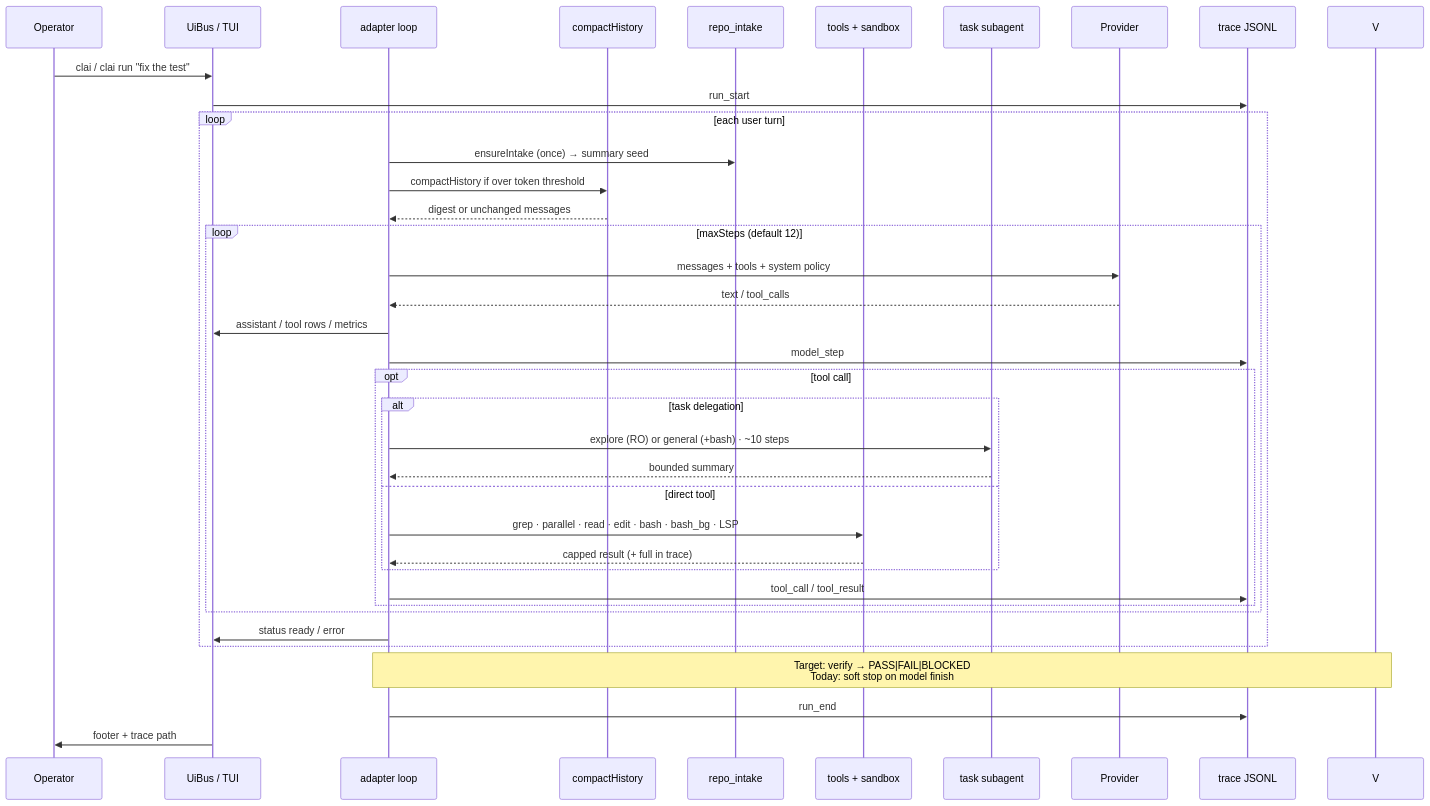
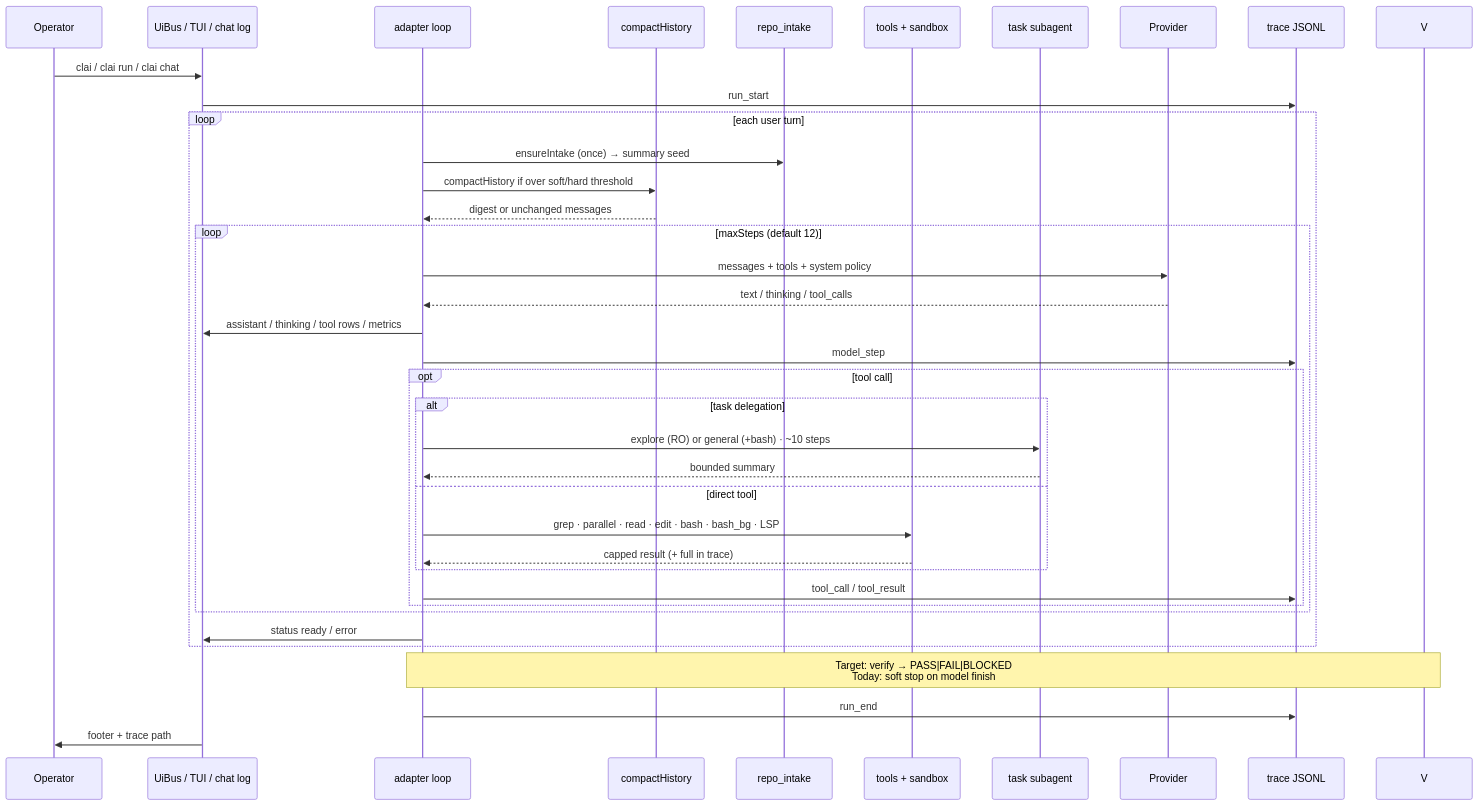
The fourth of 10 diagrams in docs/ARCHITECTURE.md (rajofearth/CodeRush2.0_TeamKnull), drawn with Mermaid before and after one commit. The commit also changed other lines of this file, not shown here.

Commit message:
docs: sync ARCHITECTURE.md with current codebase

````diff
--- a/docs/ARCHITECTURE.md
+++ b/docs/ARCHITECTURE.md
@@ -193,40 +198,40 @@
 ```mermaid
 sequenceDiagram
   participant U as Operator
-  participant UI as UiBus / TUI
+  participant UI as UiBus / TUI / chat log
   participant A as adapter loop
   participant C as compactHistory
   participant I as repo_intake
   participant T as tools + sandbox
   participant S as task subagent
   participant LLM as Provider
   participant TR as trace JSONL
 
-  U->>UI: clai / clai run "fix the test"
+  U->>UI: clai / clai run / clai chat
   UI->>TR: run_start
   loop each user turn
     A->>I: ensureIntake (once) → summary seed
-    A->>C: compactHistory if over token threshold
+    A->>C: compactHistory if over soft/hard threshold
     C-->>A: digest or unchanged messages
     loop maxSteps (default 12)
       A->>LLM: messages + tools + system policy
-      LLM-->>A: text / tool_calls
-      A->>UI: assistant / tool rows / metrics
+      LLM-->>A: text / thinking / tool_calls
+      A->>UI: assistant / thinking / tool rows / metrics
       A->>TR: model_step
       opt tool call
         alt task delegation
           A->>S: explore (RO) or general (+bash) · ~10 steps
           S-->>A: bounded summary
         else direct tool
           A->>T: grep · parallel · read · edit · bash · bash_bg · LSP
           T-->>A: capped result (+ full in trace)
         end
         A->>TR: tool_call / tool_result
       end
     end
     A->>UI: status ready / error
   end
   Note over A,V: Target: verify → PASS|FAIL|BLOCKED<br/>Today: soft stop on model finish
   A->>TR: run_end
   UI->>U: footer + trace path
 ```
````
